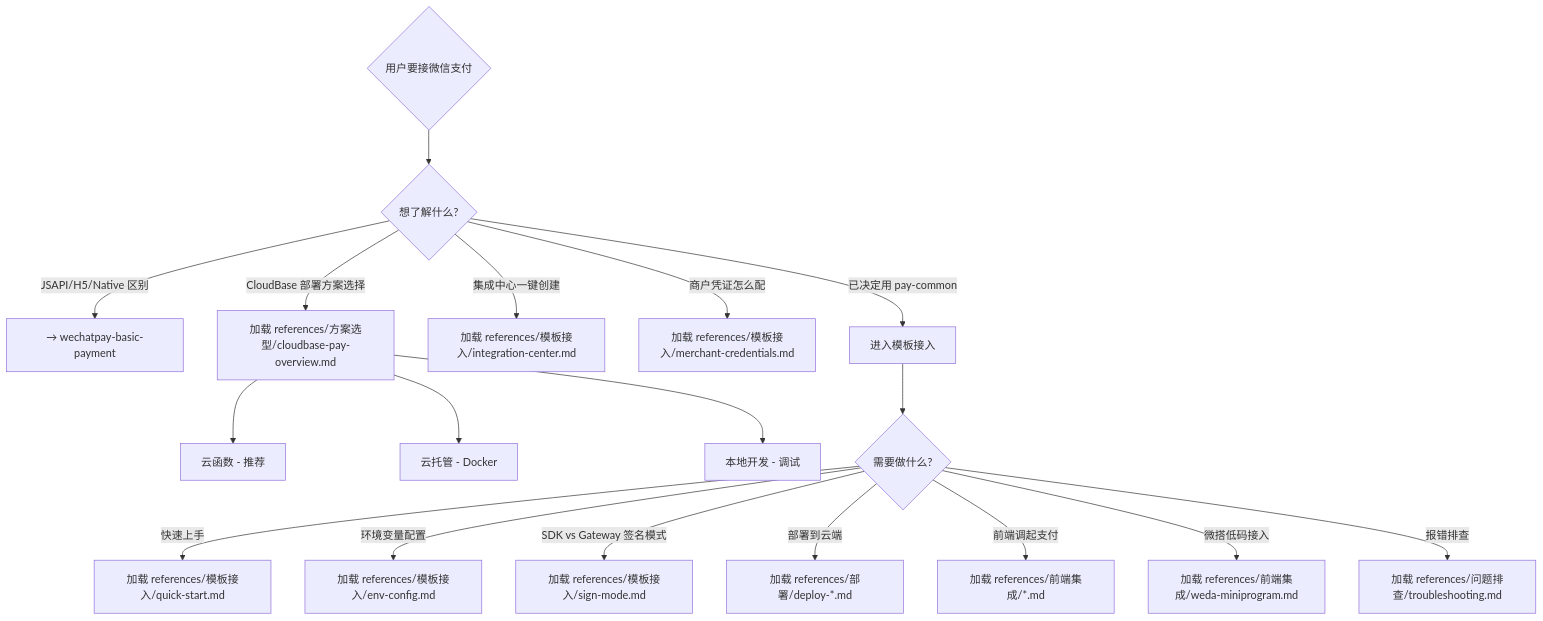
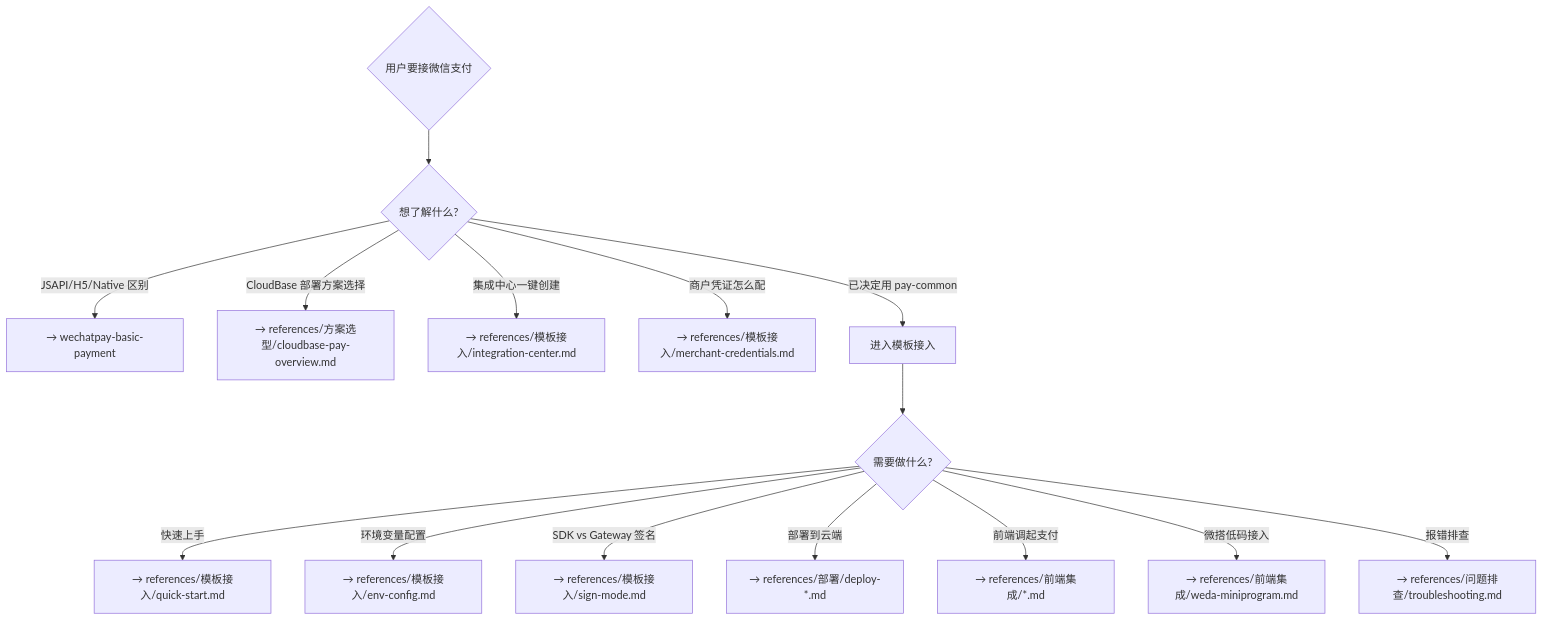
The diagram in integration/cloudbase-wx-pay/skill/cloudbase-wechatpay/SKILL.md (TencentCloudBase/awesome-cloudbase-examples), drawn with Mermaid before and after one commit. The commit also changed other lines of this file and 3 other files, not shown here.

````diff
--- a/integration/cloudbase-wx-pay/skill/cloudbase-wechatpay/SKILL.md
+++ b/integration/cloudbase-wx-pay/skill/cloudbase-wechatpay/SKILL.md
@@ -52,20 +79,17 @@
 ```mermaid
 graph TD
     A{用户要接微信支付} --> B{想了解什么?}
     B -->|JSAPI/H5/Native 区别| C[→ wechatpay-basic-payment]
-    B -->|CloudBase 部署方案选择| D[加载 references/方案选型/cloudbase-pay-overview.md]
-    D --> D1[云函数 - 推荐]
-    D --> D2[云托管 - Docker]
-    D --> D3[本地开发 - 调试]
-    B -->|集成中心一键创建| IC[加载 references/模板接入/integration-center.md]
-    B -->|商户凭证怎么配| M[加载 references/模板接入/merchant-credentials.md]
+    B -->|CloudBase 部署方案选择| D[→ references/方案选型/cloudbase-pay-overview.md]
+    B -->|集成中心一键创建| IC[→ references/模板接入/integration-center.md]
+    B -->|商户凭证怎么配| M[→ references/模板接入/merchant-credentials.md]
     B -->|已决定用 pay-common| E[进入模板接入]
     E --> F{需要做什么?}
-    F -->|快速上手| G[加载 references/模板接入/quick-start.md]
-    F -->|环境变量配置| H[加载 references/模板接入/env-config.md]
-    F -->|SDK vs Gateway 签名模式| I[加载 references/模板接入/sign-mode.md]
-    F -->|部署到云端| J[加载 references/部署/deploy-*.md]
-    F -->|前端调起支付| K[加载 references/前端集成/*.md]
-    F -->|微搭低码接入| W[加载 references/前端集成/weda-miniprogram.md]
-    F -->|报错排查| L[加载 references/问题排查/troubleshooting.md]
+    F -->|快速上手| G[→ references/模板接入/quick-start.md]
+    F -->|环境变量配置| H[→ references/模板接入/env-config.md]
+    F -->|SDK vs Gateway 签名| I[→ references/模板接入/sign-mode.md]
+    F -->|部署到云端| J[→ references/部署/deploy-*.md]
+    F -->|前端调起支付| K[→ references/前端集成/*.md]
+    F -->|微搭低码接入| W[→ references/前端集成/weda-miniprogram.md]
+    F -->|报错排查| L[→ references/问题排查/troubleshooting.md]
 ```
````
